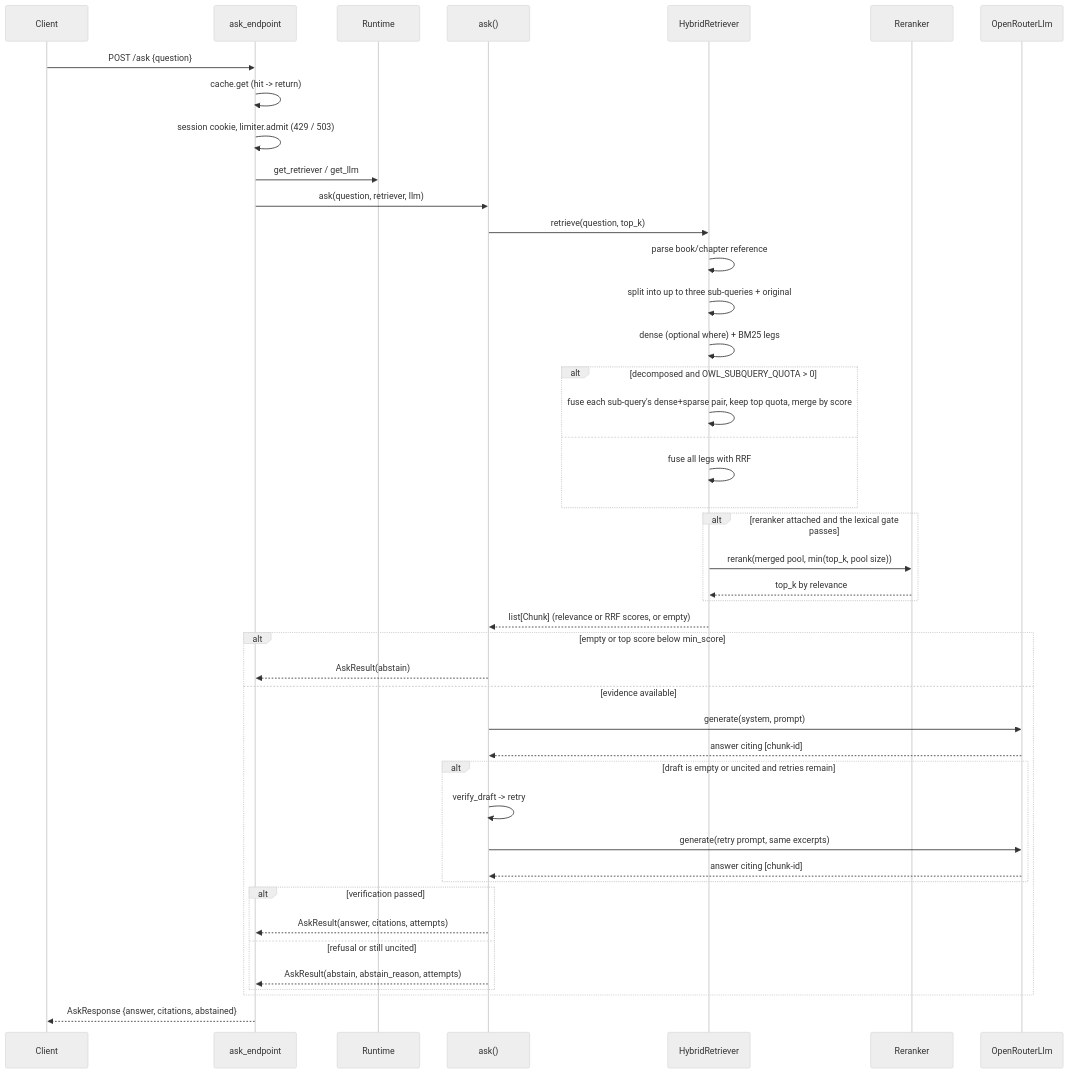
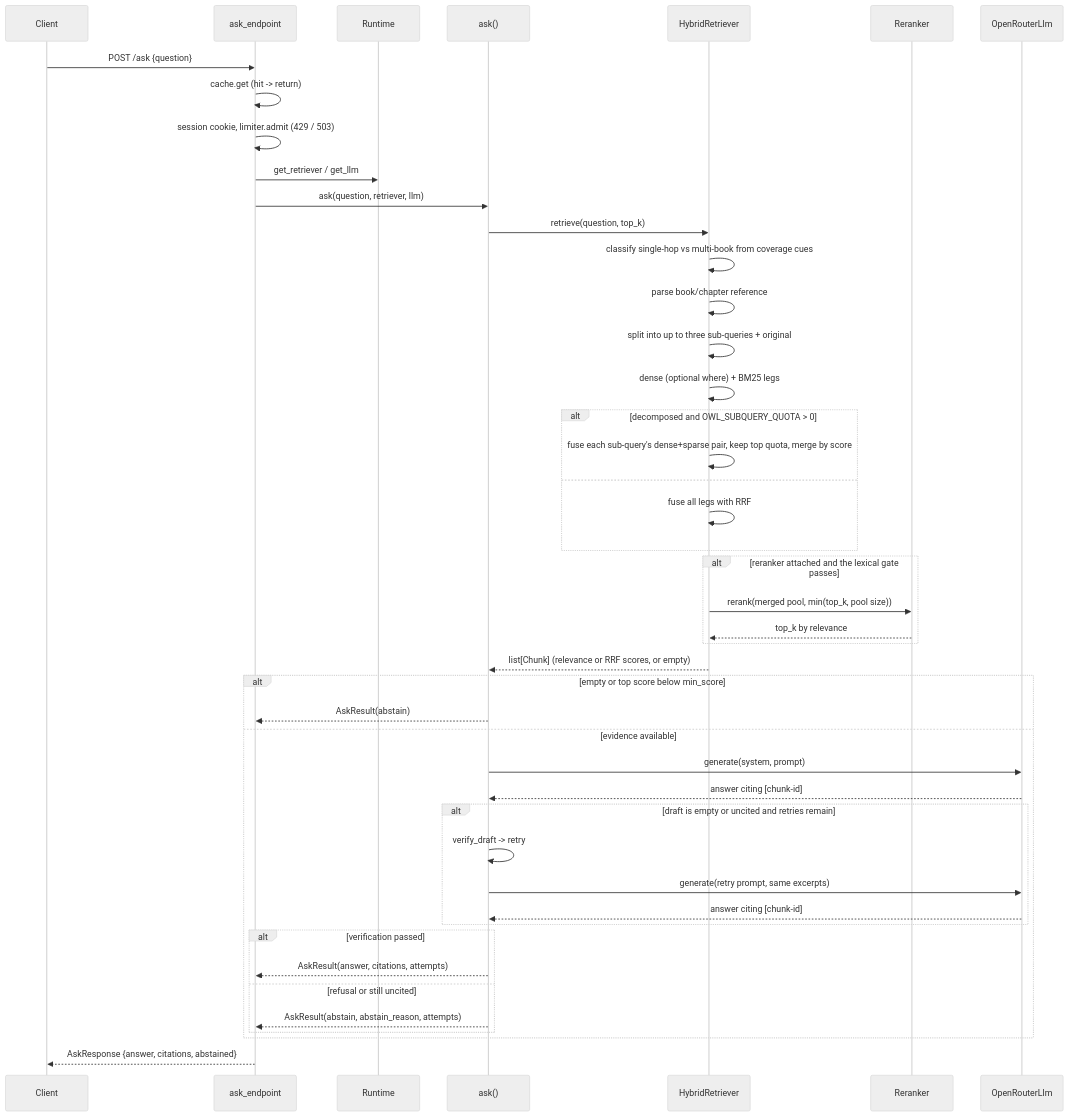
One commit to monitus2022/owl-online changed the third of 5 diagrams in docs/architecture.md. Above: the diagram before and after it, drawn with Mermaid (neutral theme). The commit also changed other lines of this file and 13 other files, not shown here.

````diff
--- a/docs/architecture.md
+++ b/docs/architecture.md
@@ -181,47 +187,48 @@
 ```mermaid
 sequenceDiagram
   participant C as Client
   participant API as ask_endpoint
   participant R as Runtime
   participant A as ask()
   participant RET as HybridRetriever
   participant RR as Reranker
   participant LLM as OpenRouterLlm
 
   C->>API: POST /ask {question}
   API->>API: cache.get (hit -> return)
   API->>API: session cookie, limiter.admit (429 / 503)
   API->>R: get_retriever / get_llm
   API->>A: ask(question, retriever, llm)
   A->>RET: retrieve(question, top_k)
+  RET->>RET: classify single-hop vs multi-book from coverage cues
   RET->>RET: parse book/chapter reference
   RET->>RET: split into up to three sub-queries + original
   RET->>RET: dense (optional where) + BM25 legs
   alt decomposed and OWL_SUBQUERY_QUOTA > 0
     RET->>RET: fuse each sub-query's dense+sparse pair, keep top quota, merge by score
   else
     RET->>RET: fuse all legs with RRF
   end
   alt reranker attached and the lexical gate passes
     RET->>RR: rerank(merged pool, min(top_k, pool size))
     RR-->>RET: top_k by relevance
   end
   RET-->>A: list[Chunk] (relevance or RRF scores, or empty)
   alt empty or top score below min_score
     A-->>API: AskResult(abstain)
   else evidence available
     A->>LLM: generate(system, prompt)
     LLM-->>A: answer citing [chunk-id]
     alt draft is empty or uncited and retries remain
       A->>A: verify_draft -> retry
       A->>LLM: generate(retry prompt, same excerpts)
       LLM-->>A: answer citing [chunk-id]
     end
     alt verification passed
       A-->>API: AskResult(answer, citations, attempts)
     else refusal or still uncited
       A-->>API: AskResult(abstain, abstain_reason, attempts)
     end
   end
   API-->>C: AskResponse {answer, citations, abstained}
 ```
````
